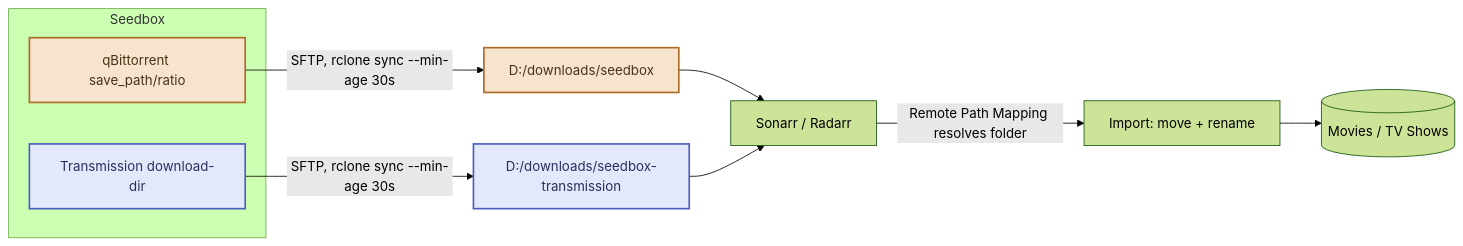
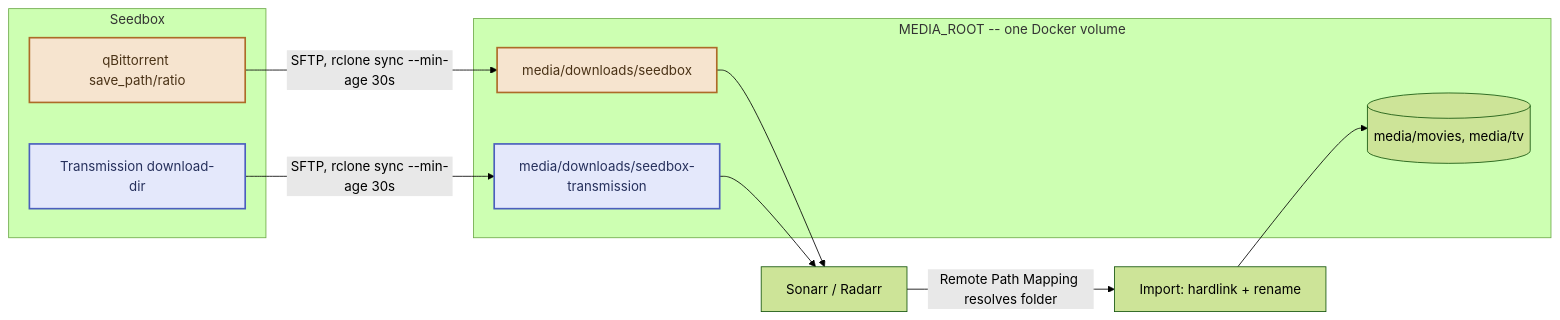
One commit to daroco/arr-matey changed the fourth of 6 diagrams in ARCHITECTURE.md. Above: the diagram before and after it, drawn with Mermaid (forest theme). The commit also changed other lines of this file and 6 other files, not shown here.

First line of the commit message:
Consolidate media library under one Docker volume for real hardlink imports, add automated seedbox cleanup

````diff
--- a/ARCHITECTURE.md
+++ b/ARCHITECTURE.md
@@ -102,18 +102,23 @@
 ```mermaid
 flowchart LR
     subgraph SBX[Seedbox]
         QBD["qBittorrent save_path/ratio"]
         TRD["Transmission download-dir"]
     end
-    QBD -->|"SFTP, rclone sync --min-age 30s"| LQ["D:/downloads/seedbox"]
-    TRD -->|"SFTP, rclone sync --min-age 30s"| LT["D:/downloads/seedbox-transmission"]
+    subgraph MR["MEDIA_ROOT -- one Docker volume"]
+        LQ["media/downloads/seedbox"]
+        LT["media/downloads/seedbox-transmission"]
+        LIB[("media/movies, media/tv")]
+    end
+    QBD -->|"SFTP, rclone sync --min-age 30s"| LQ
+    TRD -->|"SFTP, rclone sync --min-age 30s"| LT
     LQ --> SO[Sonarr / Radarr]
     LT --> SO
-    SO -->|Remote Path Mapping resolves folder| IMP["Import: move + rename"]
-    IMP --> LIB[("Movies / TV Shows")]
+    SO -->|"Remote Path Mapping resolves folder"| IMP["Import: hardlink + rename"]
+    IMP --> LIB
 
     class QBD,LQ private
     class TRD,LT public
     classDef private fill:#f6e4cf,stroke:#ad6b28,color:#4a3216,stroke-width:2px;
     classDef public fill:#e4e8fb,stroke:#4b5fbd,color:#26305c,stroke-width:2px;
 ```
````
